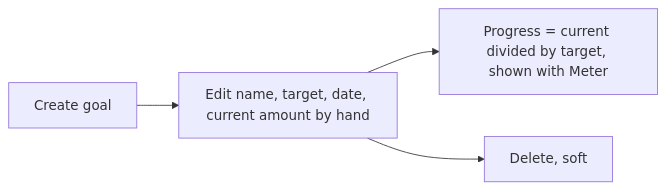
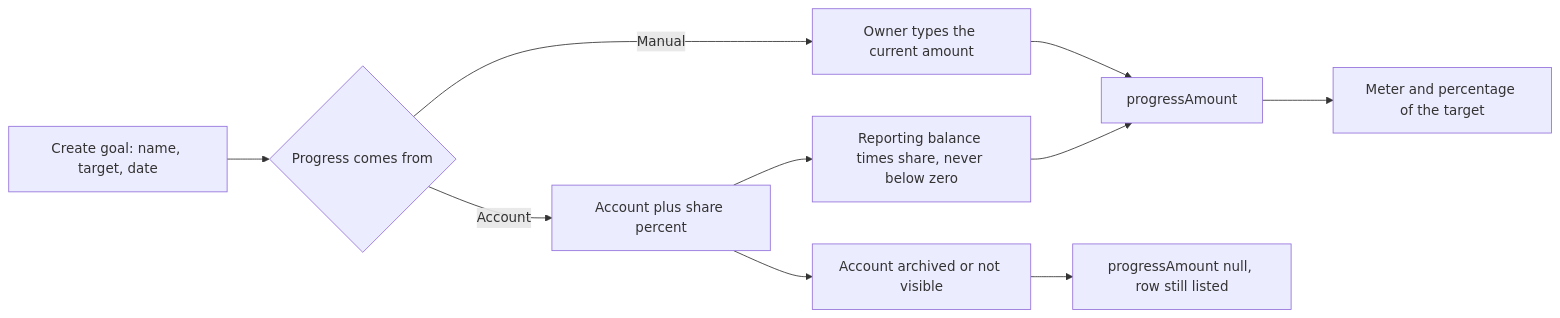
One commit to Justxs/Jx-Finance changed the diagram in docs/features/12. Goals.md. Above: the diagram before and after it, drawn with Mermaid. The commit also changed other lines of this file and 47 other files, not shown here.

First line of the commit message:
feat(goals): fund a goal from an account

````diff
--- a/docs/features/12. Goals.md
+++ b/docs/features/12. Goals.md
@@ -7,6 +17,12 @@
 ```mermaid
 flowchart LR
-    Create["Create goal"] --> Edit["Edit name, target, date, current amount by hand"]
-    Edit --> Meter["Progress = current divided by target, shown with Meter"]
-    Edit --> Delete["Delete, soft"]
+    Create["Create goal: name, target, date"] --> Mode{"Progress comes from"}
+    Mode -->|"Manual"| Typed["Owner types the current amount"]
+    Mode -->|"Account"| Linked["Account plus share percent"]
+    Typed --> Progress["progressAmount"]
+    Linked --> Balance["Reporting balance times share, never below zero"]
+    Balance --> Progress
+    Linked --> Gone["Account archived or not visible"]
+    Gone --> Unavailable["progressAmount null, row still listed"]
+    Progress --> Meter["Meter and percentage of the target"]
 ```
````
